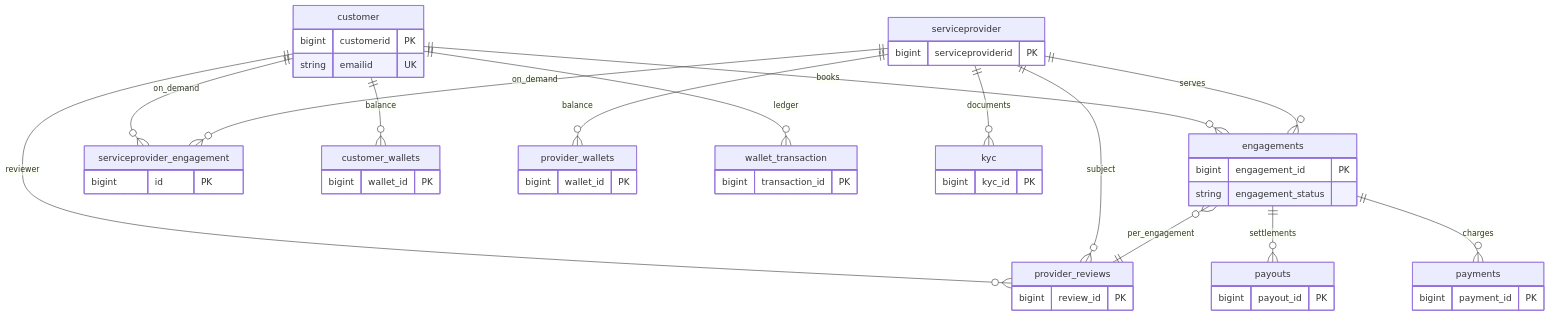
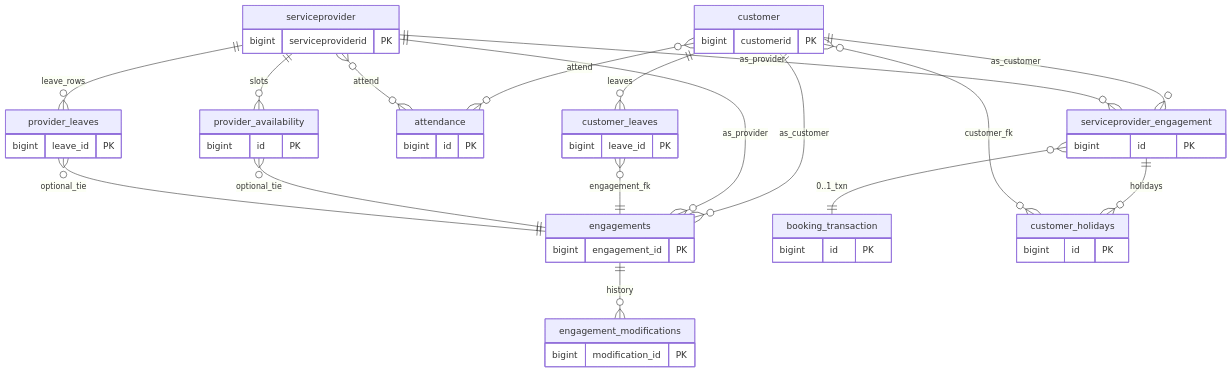
Before and after one commit to ServEase-Innovations/Serveaso: the fourth of 9 diagrams in README.md, drawn with Mermaid. The commit also changed other lines of this file, not shown here.

First line of the commit message:
docs: add multi-diagram ERDs and domain map to monorepo README

````diff
--- a/README.md
+++ b/README.md
@@ -86,51 +153,52 @@
 ```mermaid
 erDiagram
   customer {
     bigint customerid PK
-    string emailid UK
   }
   serviceprovider {
     bigint serviceproviderid PK
   }
   engagements {
     bigint engagement_id PK
-    string engagement_status
   }
   serviceprovider_engagement {
     bigint id PK
   }
-  payments {
-    bigint payment_id PK
+  engagement_modifications {
+    bigint modification_id PK
   }
-  payouts {
-    bigint payout_id PK
+  customer_leaves {
+    bigint leave_id PK
   }
-  customer_wallets {
-    bigint wallet_id PK
+  booking_transaction {
+    bigint id PK
   }
-  provider_wallets {
-    bigint wallet_id PK
+  customer_holidays {
+    bigint id PK
   }
-  wallet_transaction {
-    bigint transaction_id PK
+  attendance {
+    bigint id PK
   }
-  provider_reviews {
-    bigint review_id PK
+  provider_availability {
+    bigint id PK
   }
-  kyc {
-    bigint kyc_id PK
+  provider_leaves {
+    bigint leave_id PK
   }
-  customer ||--o{ engagements : "books"
-  serviceprovider ||--o{ engagements : "serves"
-  serviceprovider ||--o{ kyc : "documents"
-  customer ||--o{ serviceprovider_engagement : "on_demand"
-  serviceprovider ||--o{ serviceprovider_engagement : "on_demand"
-  engagements ||--o{ payments : "charges"
-  engagements ||--o{ payouts : "settlements"
-  customer ||--o{ customer_wallets : "balance"
-  serviceprovider ||--o{ provider_wallets : "balance"
-  customer ||--o{ wallet_transaction : "ledger"
-  customer ||--o{ provider_reviews : "reviewer"
-  serviceprovider ||--o{ provider_reviews : "subject"
-  engagements }o--|| provider_reviews : "per_engagement"
+  customer ||--o{ engagements : "as_customer"
+  serviceprovider ||--o{ engagements : "as_provider"
+  customer ||--o{ serviceprovider_engagement : "as_customer"
+  serviceprovider ||--o{ serviceprovider_engagement : "as_provider"
+  engagements ||--o{ engagement_modifications : "history"
+  customer ||--o{ customer_leaves : "leaves"
+  customer_leaves }o--|| engagements : "engagement_fk"
+  serviceprovider ||--o{ provider_availability : "slots"
+  serviceprovider ||--o{ provider_leaves : "leave_rows"
+  provider_availability }o--|| engagements : "optional_tie"
+  provider_leaves }o--|| engagements : "optional_tie"
+  serviceprovider_engagement ||--o{ customer_holidays : "holidays"
+  customer }o--o{ customer_holidays : "customer_fk"
+  serviceprovider_engagement }o--|| booking_transaction : "0..1_txn"
+  customer }o--o{ attendance : "attend"
+  serviceprovider }o--o{ attendance : "attend"
 ```
````
